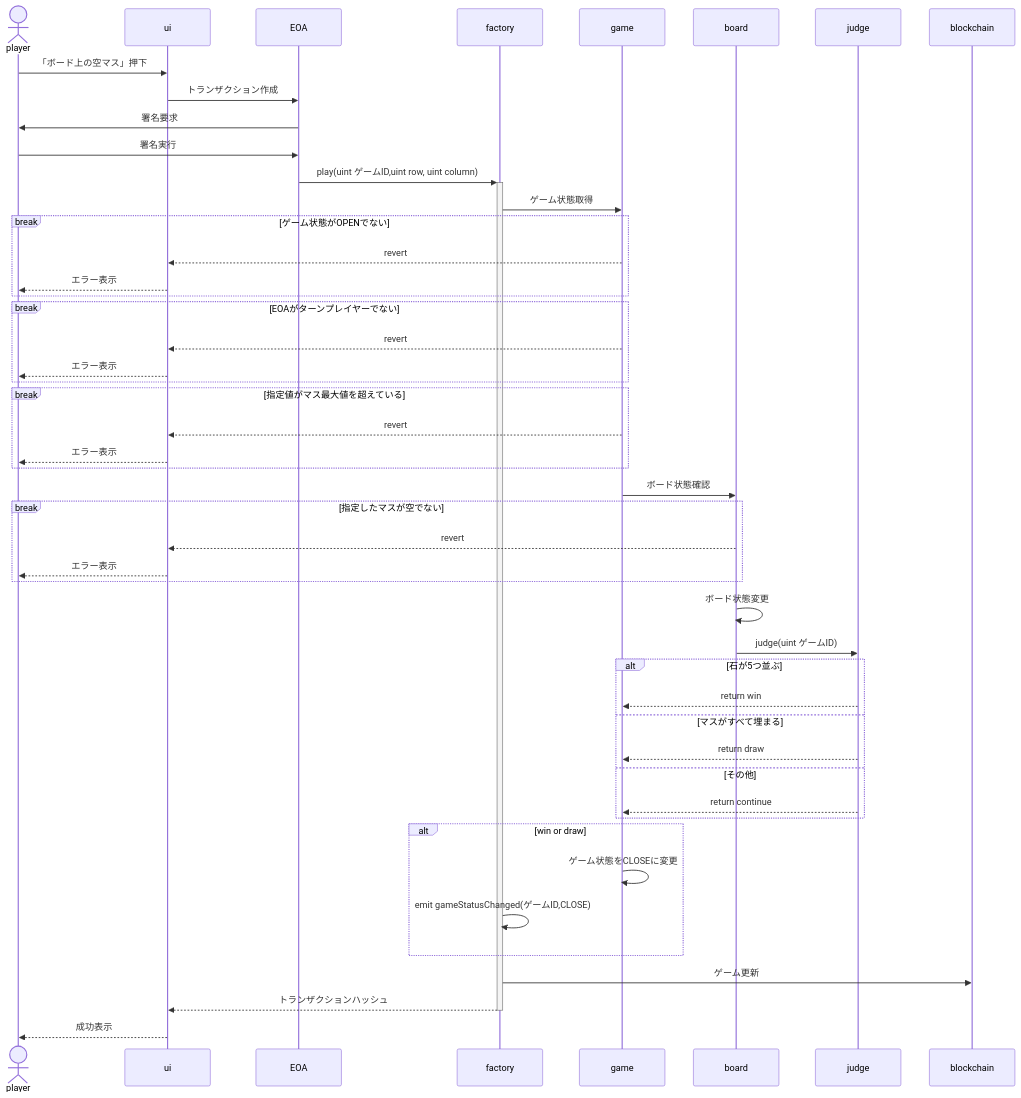
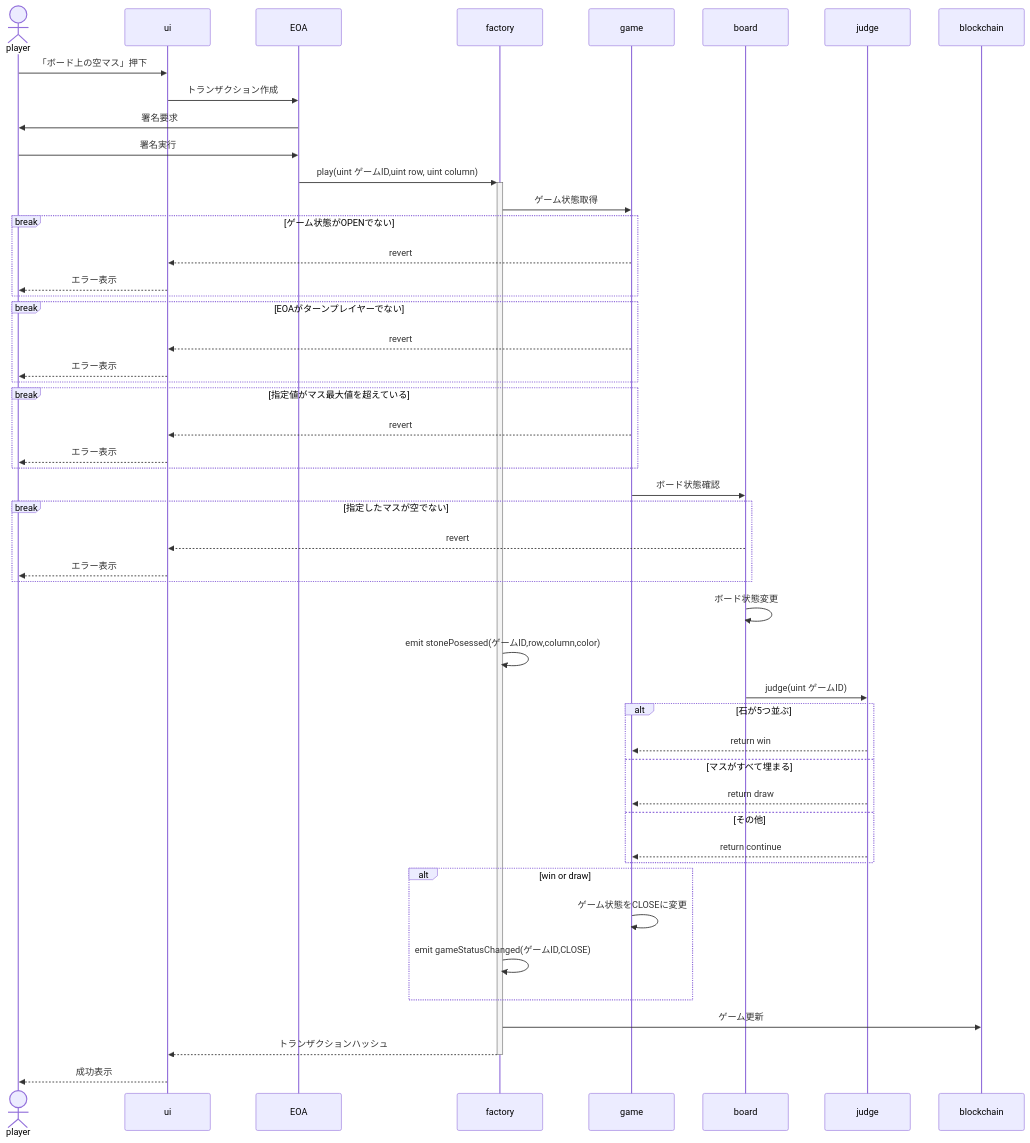
Before and after one commit to 0xHaku/preprod-gomoku: the third of 3 diagrams in doc/sequence.md, drawn with Mermaid. The commit also changed other lines of this file and 8 other files, not shown here.

````diff
--- a/doc/sequence.md
+++ b/doc/sequence.md
@@ -59,51 +63,52 @@
 ```mermaid
 sequenceDiagram
     actor player
     participant ui
     participant EOA
     participant factory
     participant game
     participant board
     participant judge
     participant blockchain
 
     player->>ui: 「ボード上の空マス」押下
     ui->>EOA: トランザクション作成
     EOA->>player: 署名要求
     player->>EOA: 署名実行
     EOA->>+factory: play(uint ゲームID,uint row, uint column)
     factory->>game: ゲーム状態取得
     break ゲーム状態がOPENでない
         game-->>ui: revert
         ui-->>player: エラー表示
     end
     break EOAがターンプレイヤーでない
         game-->>ui: revert
         ui-->>player: エラー表示
     end
     break 指定値がマス最大値を超えている
         game-->>ui: revert
         ui-->>player: エラー表示
     end
     game->>board: ボード状態確認
     break 指定したマスが空でない
         board-->>ui: revert
         ui-->>player: エラー表示
     end
     board->>board: ボード状態変更
+    factory->>factory: emit stonePosessed(ゲームID,row,column,color)
     board->>judge: judge(uint ゲームID)
     alt 石が5つ並ぶ
         judge-->>game: return win
     else マスがすべて埋まる
         judge-->>game: return draw
     else その他
         judge-->>game: return continue
     end
     alt win or draw
         game->>game: ゲーム状態をCLOSEに変更
         factory->>factory: emit gameStatusChanged(ゲームID,CLOSE)
     end
     factory->>blockchain: ゲーム更新
     factory-->>-ui: トランザクションハッシュ
     ui-->>player: 成功表示
 ```
````
